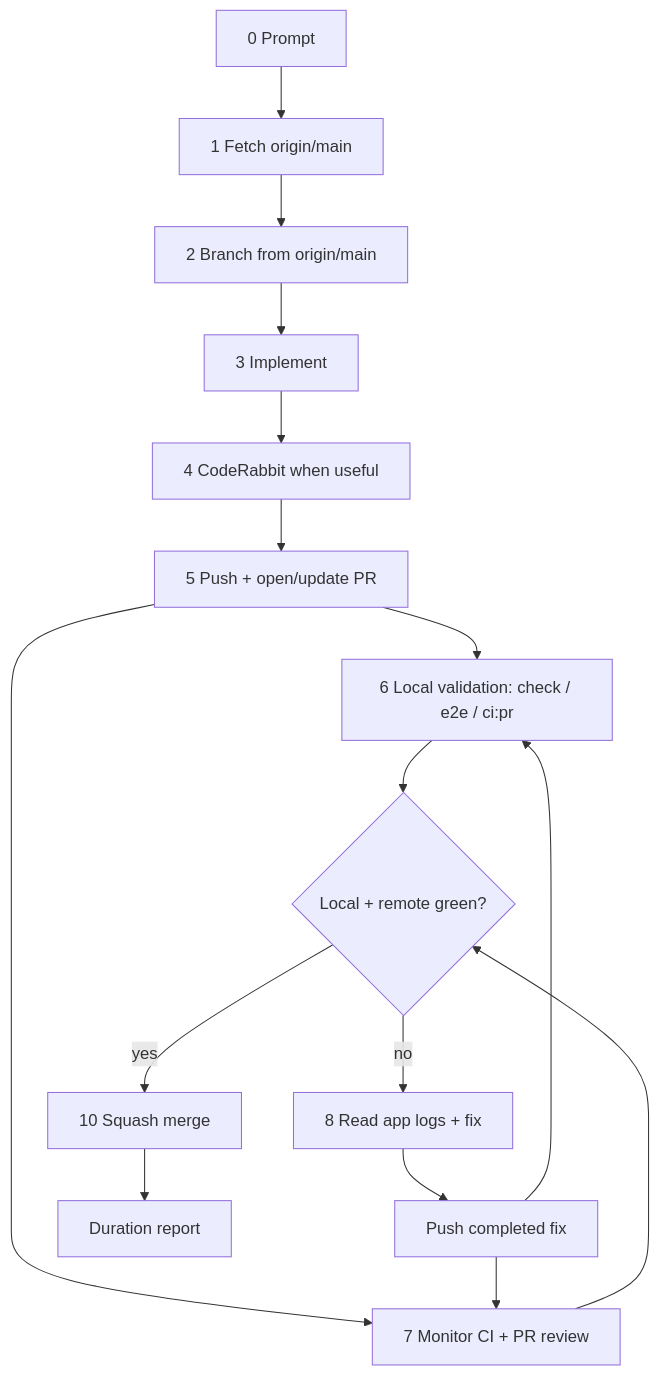
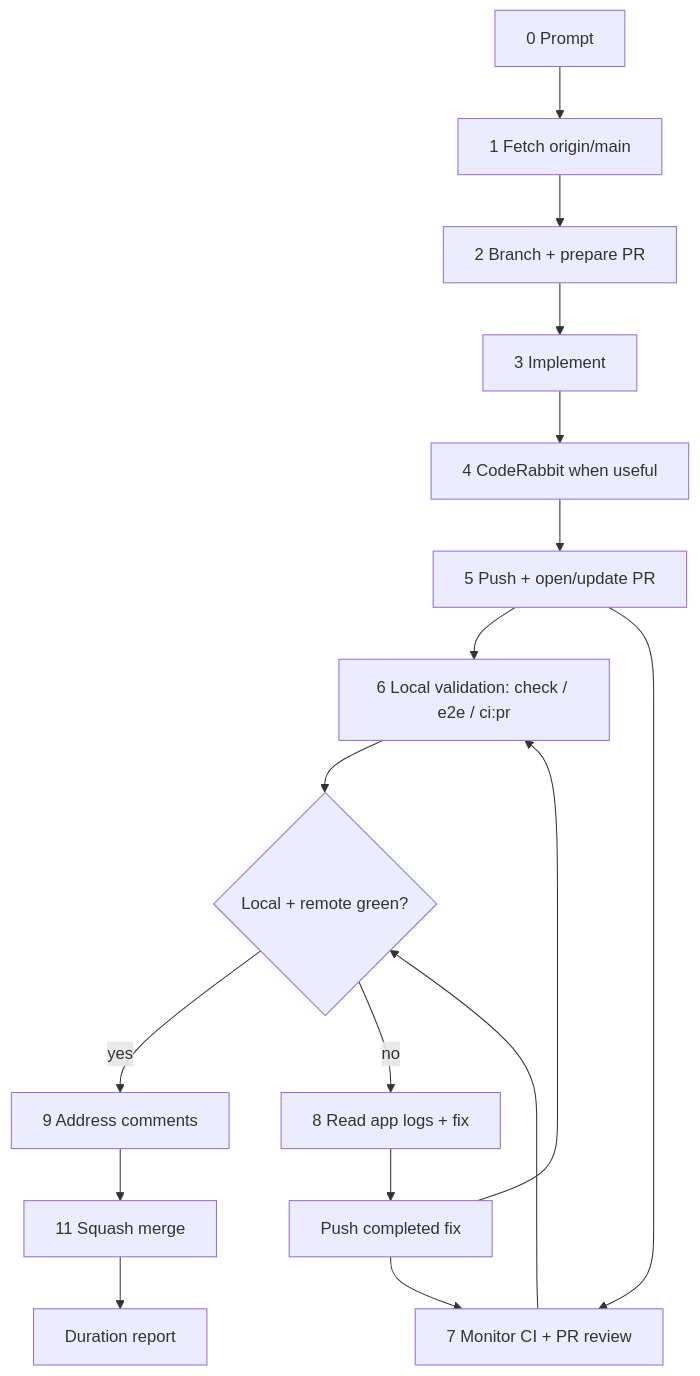
Before and after one commit to meta-secret/nook: the diagram in .cortex/workflows/coding-bro.md, drawn with Mermaid. The commit also changed other lines of this file and 3 other files, not shown here.

````diff
--- a/.cortex/workflows/coding-bro.md
+++ b/.cortex/workflows/coding-bro.md
@@ -87,18 +129,19 @@
 ```mermaid
 flowchart TD
   P[0 Prompt] --> F[1 Fetch origin/main]
-  F --> B[2 Branch from origin/main]
+  F --> B[2 Branch + prepare PR]
   B --> I[3 Implement]
   I --> CR[4 CodeRabbit when useful]
   CR --> PU[5 Push + open/update PR]
   PU --> L[6 Local validation: check / e2e / ci:pr]
   PU --> PR[7 Monitor CI + PR review]
   L --> G{Local + remote green?}
   PR --> G
-  G -->|yes| M[10 Squash merge]
+  G -->|yes| C[9 Address comments]
+  C --> M[11 Squash merge]
   G -->|no| FIX[8 Read app logs + fix]
   FIX --> PUSH[Push completed fix]
   PUSH --> L
   PUSH --> PR
   M --> D[Duration report]
 ```
````
